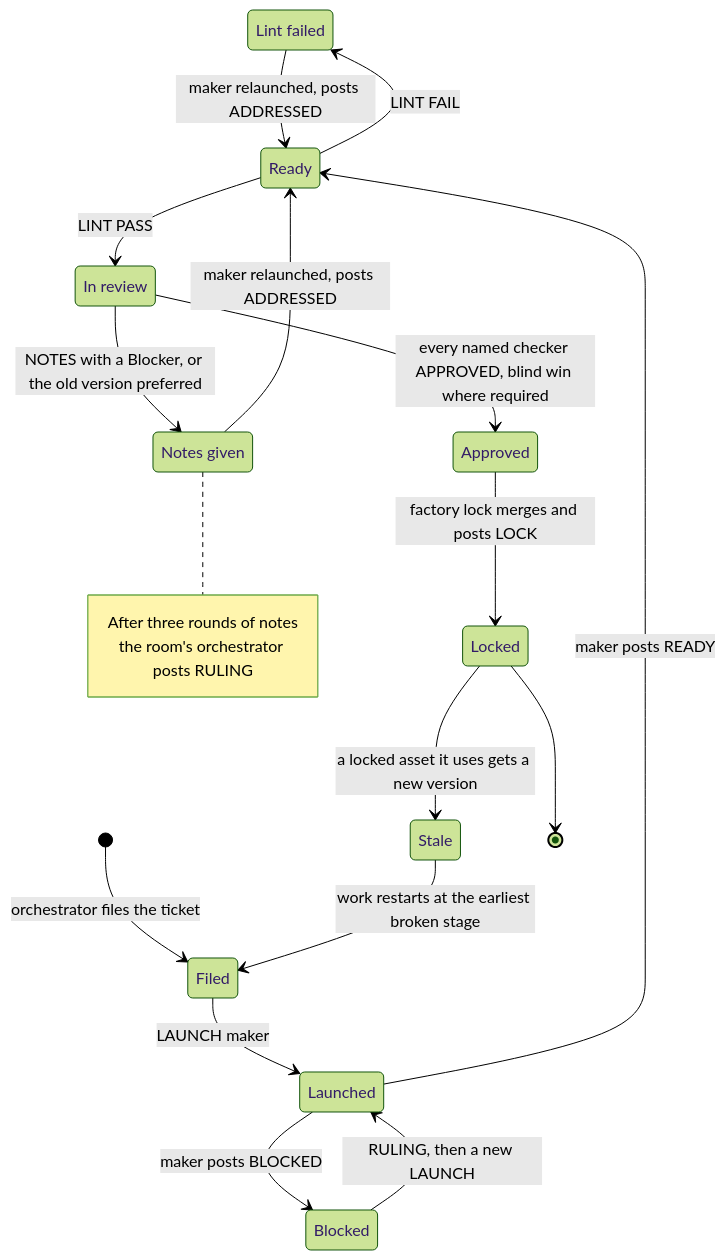
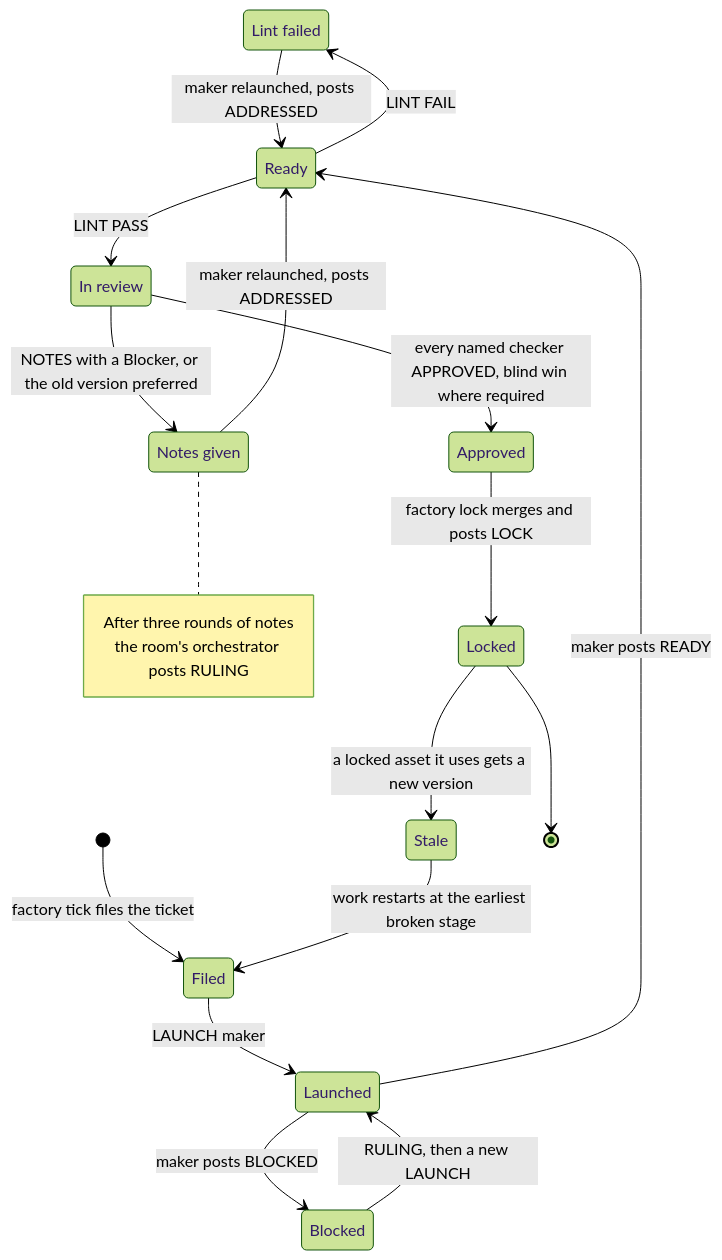
One commit to abel30567/enrico-factory changed diagram 14 of 22 in docs/architecture.md. Above: the diagram before and after it, drawn with Mermaid (forest theme). The commit also changed other lines of this file and 2 other files, not shown here.

Commit message:
Say in the brief and the architecture that factory tick files the next ticket, and tick the ticket-filing item in the plan.

````diff
--- a/docs/architecture.md
+++ b/docs/architecture.md
@@ -511,25 +511,25 @@
 ```mermaid
 stateDiagram-v2
   state "Lint failed" as LintFailed
   state "In review" as InReview
   state "Notes given" as Notes
-  [*] --> Filed: orchestrator files the ticket
+  [*] --> Filed: factory tick files the ticket
   Filed --> Launched: LAUNCH maker
   Launched --> Ready: maker posts READY
   Launched --> Blocked: maker posts BLOCKED
   Blocked --> Launched: RULING, then a new LAUNCH
   Ready --> LintFailed: LINT FAIL
   Ready --> InReview: LINT PASS
   LintFailed --> Ready: maker relaunched, posts ADDRESSED
   InReview --> Notes: NOTES with a Blocker, or the old version preferred
   Notes --> Ready: maker relaunched, posts ADDRESSED
   InReview --> Approved: every named checker APPROVED, blind win where required
   Approved --> Locked: factory lock merges and posts LOCK
   Locked --> Stale: a locked asset it uses gets a new version
   Stale --> Filed: work restarts at the earliest broken stage
   Locked --> [*]
   note right of Notes
     After three rounds of notes
     the room's orchestrator posts RULING
   end note
 ```
````
